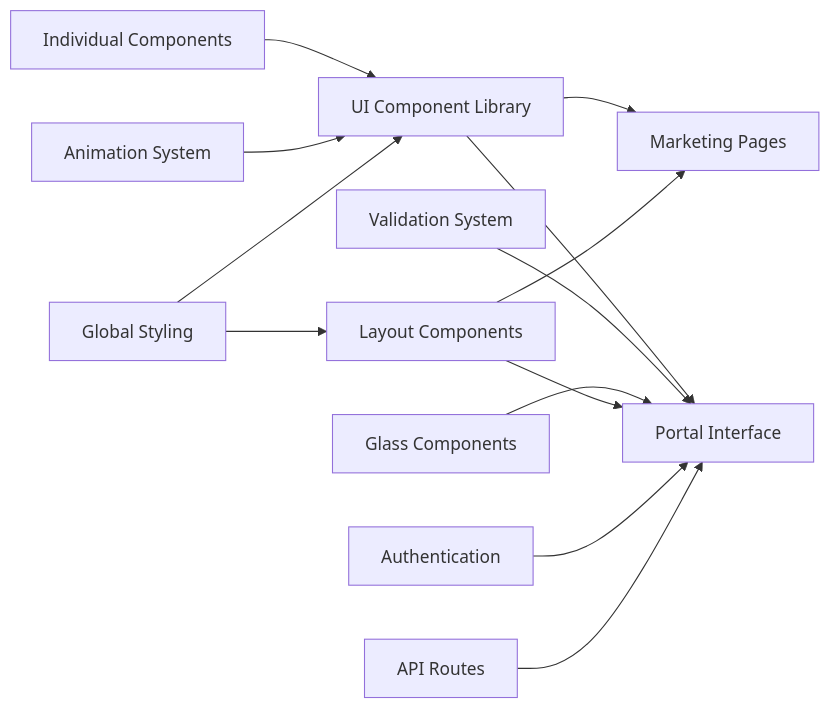
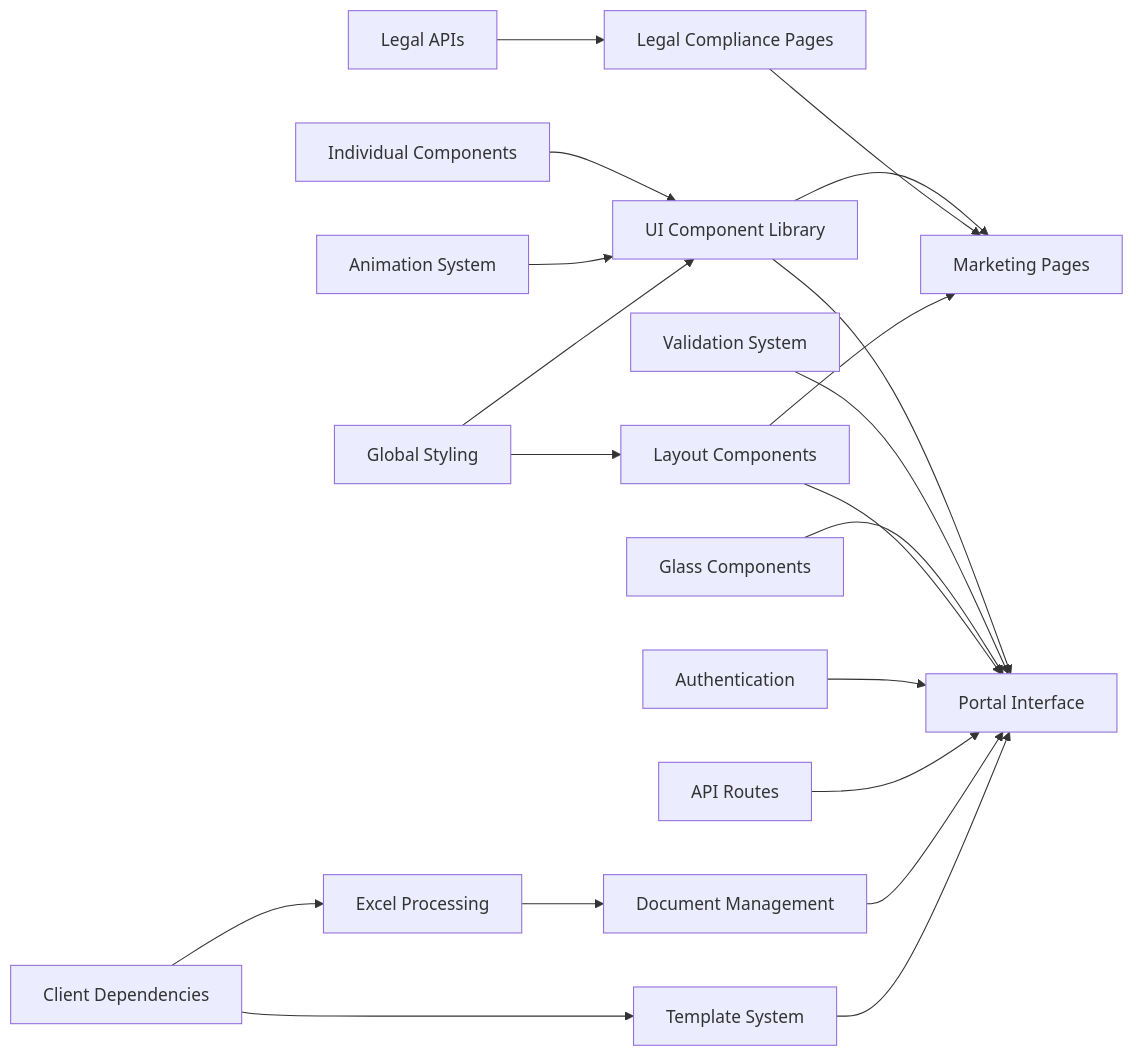
One commit to askchiwa-spec/FLOW-HQ-BOT changed the third of 3 diagrams in .qoder/repowiki/en/content/Frontend Application/Frontend Application.md. Above: the diagram before and after it, drawn with Mermaid. The commit also changed other lines of this file and 27 other files, not shown here.

````diff
--- a/.qoder/repowiki/en/content/Frontend Application/Frontend Application.md
+++ b/.qoder/repowiki/en/content/Frontend Application/Frontend Application.md
@@ -502,15 +782,22 @@
 ```mermaid
 graph LR
 UI["UI Component Library"] --> Marketing["Marketing Pages"]
 UI --> Portal["Portal Interface"]
+Legal["Legal Compliance Pages"] --> Marketing
 Validation["Validation System"] --> Portal
 Glass["Glass Components"] --> Portal
 Layout["Layout Components"] --> Marketing
 Layout --> Portal
 Components["Individual Components"] --> UI
 Animations["Animation System"] --> UI
 Styling["Global Styling"] --> UI
 Styling --> Layout
 Auth["Authentication"] --> Portal
 API["API Routes"] --> Portal
+DocAPI["Document Management"] --> Portal
+ExcelSupport["Excel Processing"] --> DocAPI
+LegalAPI["Legal APIs"] --> Legal
+TemplateSystem["Template System"] --> Portal
+Client["Client Dependencies"] --> ExcelSupport
+Client --> TemplateSystem
 ```
````
